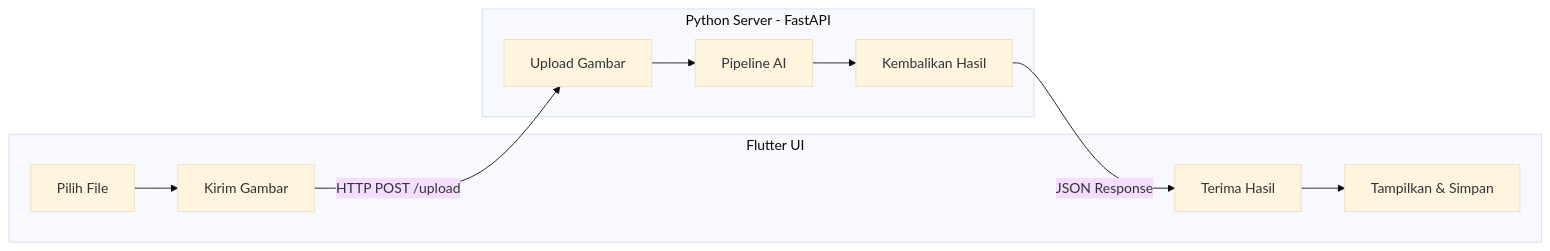
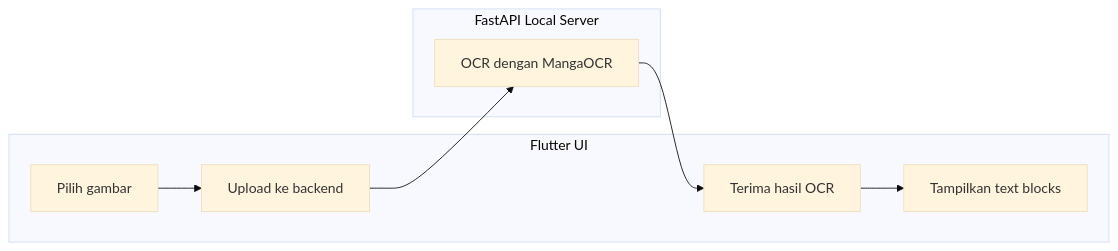
The diagram in README.md (danuwarisman/Manga-Comic-Auto-Translator-Reader), drawn with Mermaid (base theme) before and after one commit. The commit also changed other lines of this file and 16 other files, not shown here.

````diff
--- a/README.md
+++ b/README.md
@@ -66,15 +78,12 @@
 ```mermaid
 flowchart LR
     subgraph Frontend [Flutter UI]
-        A[Pilih File] --> B[Kirim Gambar]
-        E[Terima Hasil] --> F[Tampilkan & Simpan]
+        A[Pilih gambar] --> B[Upload ke backend]
+        D[Terima hasil OCR] --> E[Tampilkan text blocks]
     end
 
-    subgraph Backend [Python Server - FastAPI]
-        C[Upload Gambar] --> D[Pipeline AI]
-        D --> G[Kembalikan Hasil]
+    subgraph Backend [FastAPI Local Server]
+        B --> C[OCR dengan MangaOCR]
+        C --> D
     end
-
-    B -- HTTP POST /upload --> C
-    G -- JSON Response --> E
 ```
````
